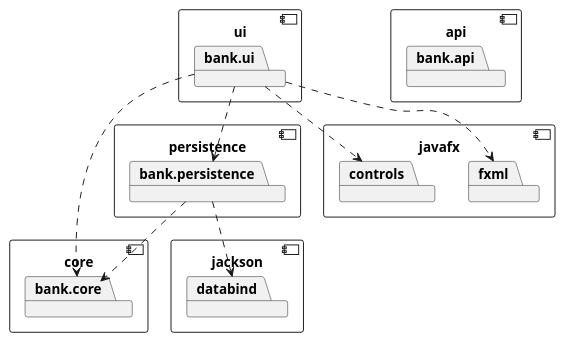
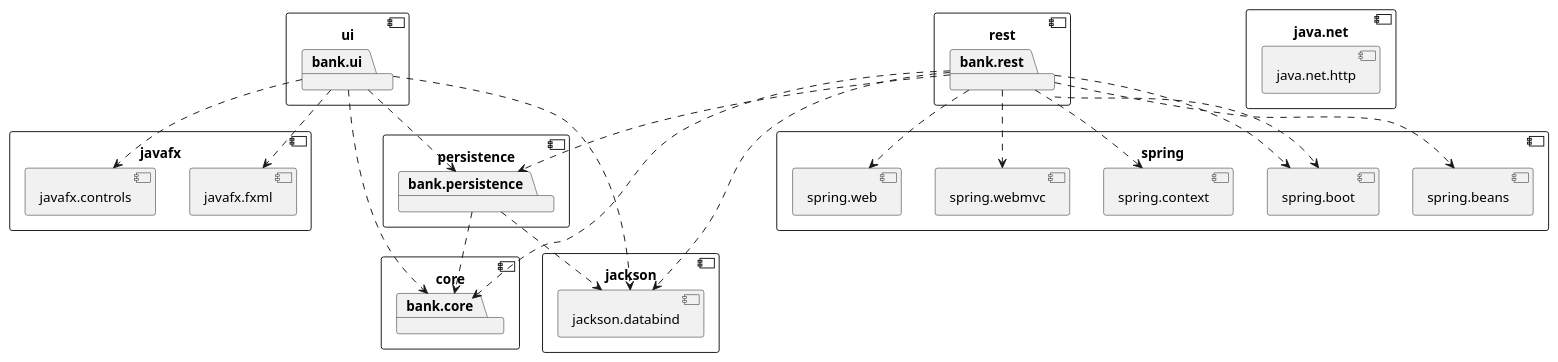
Before and after one commit to aimarchirico/bankfx: the diagram in architecture.puml, drawn with PlantUML. The commit also changed 9 other files, not shown here.

```diff
--- a/architecture.puml
+++ b/architecture.puml
@@ -1,36 +1,59 @@
 @startuml architecture
 
 component core {
 	package bank.core
 }
 
 component persistence {
 	package bank.persistence
 }
 
 component jackson {
-    package databind
+    component jackson.databind
 }
 
-bank.persistence ..> databind
+bank.persistence ..> jackson.databind
 bank.persistence ..> bank.core
 
 component ui {
 	package bank.ui
 }
 
 component javafx {
-	package fxml
-    package controls
+	component javafx.fxml
+    component javafx.controls
+}
+
+component java.net {
+	component java.net.http
 }
 
 bank.ui ..> bank.core
 bank.ui ..> bank.persistence
-bank.ui ..> fxml
-bank.ui ..> controls
+bank.ui ..> javafx.fxml
+bank.ui ..> javafx.controls
+bank.ui ..> jackson.databind
 
-component api {
-	package bank.api
+component rest {
+	package bank.rest
 }
 
+component spring {
+  component spring.web
+  component spring.beans
+  component spring.boot
+  component spring.context
+  component spring.webmvc
+}
+
+bank.rest ..> bank.core
+bank.rest ..> bank.persistence
+bank.rest ..> jackson.databind
+bank.rest ..> spring.web
+bank.rest ..> spring.beans
+bank.rest ..> spring.boot
+bank.rest ..> spring.context
+bank.rest ..> spring.boot
+bank.rest ..> spring.webmvc
+
 @enduml
```
